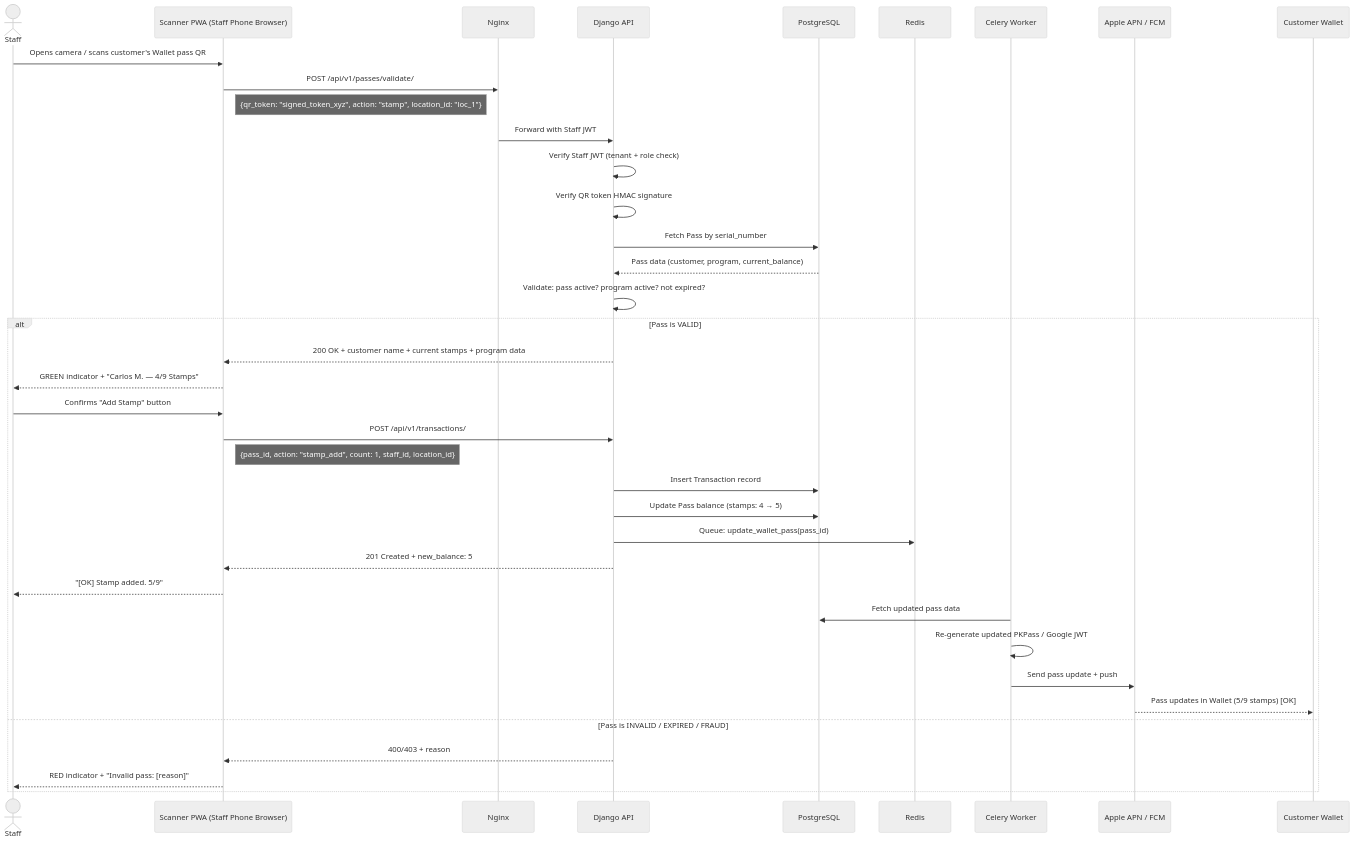
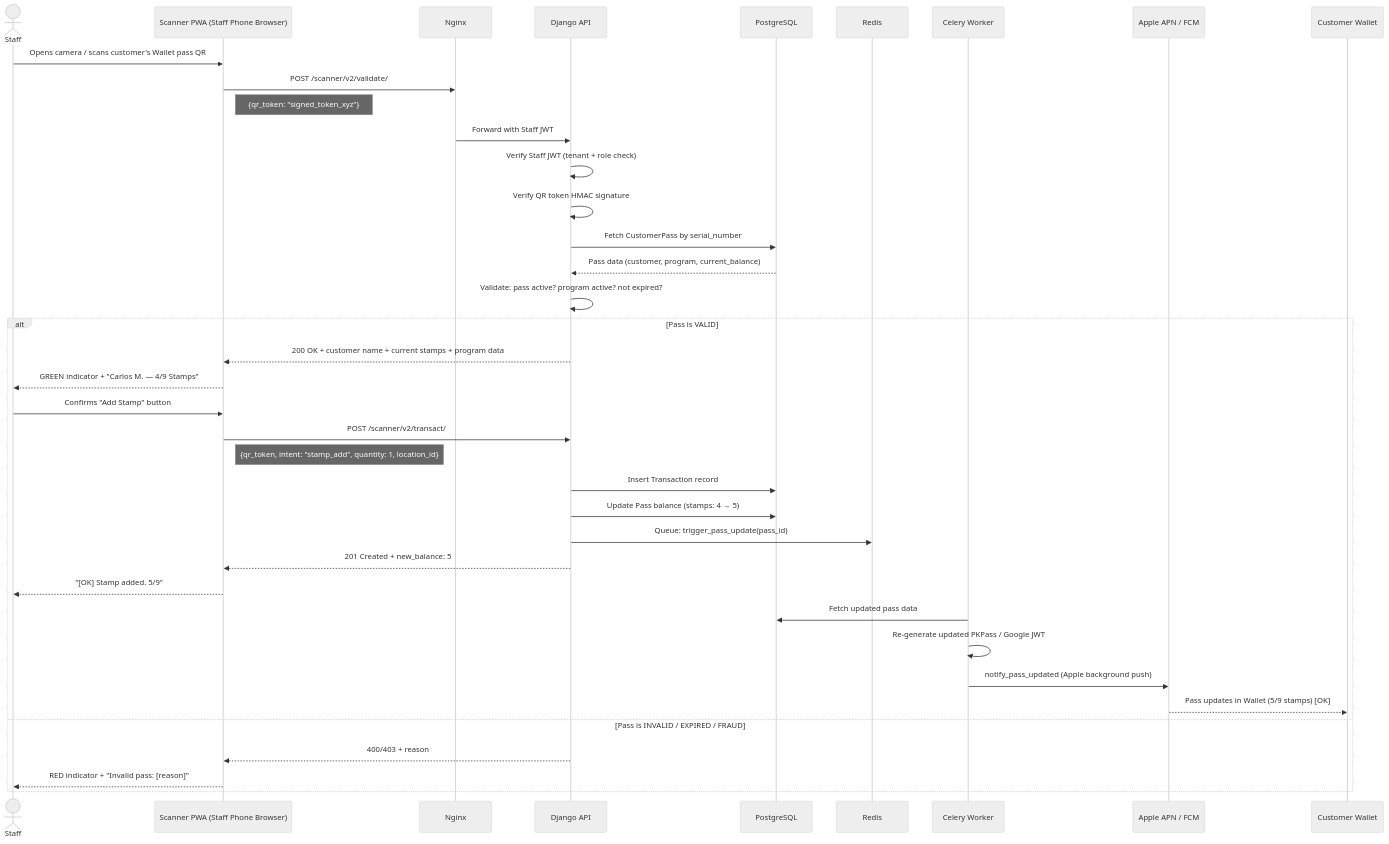
Before and after one commit to somatechlat/loyallia: the fourth of 12 diagrams in docs/02-architecture/ARCHITECTURE.md, drawn with Mermaid (neutral theme). The commit also changed other lines of this file and 50 other files, not shown here.

````diff
--- a/docs/02-architecture/ARCHITECTURE.md
+++ b/docs/02-architecture/ARCHITECTURE.md
@@ -196,49 +194,49 @@
 ```mermaid
 sequenceDiagram
     actor Staff
     participant PWA as Scanner PWA (Staff Phone Browser)
     participant NX as Nginx
     participant API as Django API
     participant DB as PostgreSQL
     participant RD as Redis
     participant CEL as Celery Worker
     participant APN as Apple APN / FCM
     participant Wallet as Customer Wallet
 
     Staff->>PWA: Opens camera / scans customer's Wallet pass QR
-    PWA->>NX: POST /api/v1/passes/validate/
-    Note right of PWA: {qr_token: "signed_token_xyz", action: "stamp", location_id: "loc_1"}
+    PWA->>NX: POST /scanner/v2/validate/
+    Note right of PWA: {qr_token: "signed_token_xyz"}
 
     NX->>API: Forward with Staff JWT
     API->>API: Verify Staff JWT (tenant + role check)
     API->>API: Verify QR token HMAC signature
-    API->>DB: Fetch Pass by serial_number
+    API->>DB: Fetch CustomerPass by serial_number
     DB-->>API: Pass data (customer, program, current_balance)
 
     API->>API: Validate: pass active? program active? not expired?
 
     alt Pass is VALID
         API-->>PWA: 200 OK + customer name + current stamps + program data
         PWA-->>Staff: GREEN indicator + "Carlos M. — 4/9 Stamps"
 
         Staff->>PWA: Confirms "Add Stamp" button
-        PWA->>API: POST /api/v1/transactions/
-        Note right of PWA: {pass_id, action: "stamp_add", count: 1, staff_id, location_id}
+        PWA->>API: POST /scanner/v2/transact/
+        Note right of PWA: {qr_token, intent: "stamp_add", quantity: 1, location_id}
 
         API->>DB: Insert Transaction record
         API->>DB: Update Pass balance (stamps: 4 → 5)
-        API->>RD: Queue: update_wallet_pass(pass_id)
+        API->>RD: Queue: trigger_pass_update(pass_id)
         API-->>PWA: 201 Created + new_balance: 5
 
         PWA-->>Staff: "[OK] Stamp added. 5/9"
 
         CEL->>DB: Fetch updated pass data
         CEL->>CEL: Re-generate updated PKPass / Google JWT
-        CEL->>APN: Send pass update + push
+        CEL->>APN: notify_pass_updated (Apple background push)
         APN-->>Wallet: Pass updates in Wallet (5/9 stamps) [OK]
 
     else Pass is INVALID / EXPIRED / FRAUD
         API-->>PWA: 400/403 + reason
         PWA-->>Staff: RED indicator + "Invalid pass: [reason]"
     end
 ```
````
